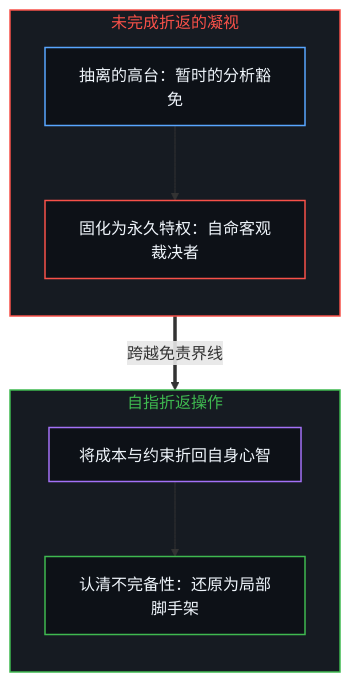
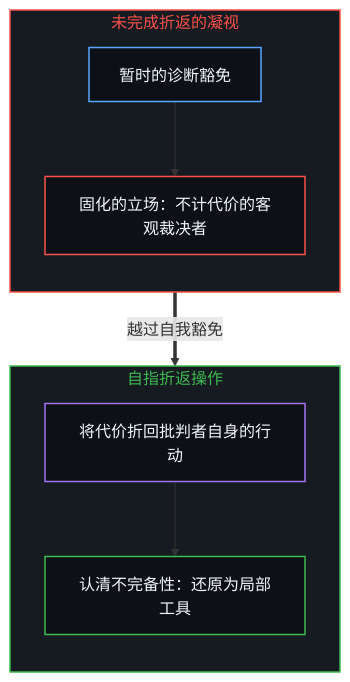
The third of 4 diagrams in content/posts/sowell-observed-the-surface-problem.md (powerpig99/not-a-toe), drawn with Mermaid before and after one commit. The commit also changed other lines of this file and 1 other file, not shown here.

````diff
--- a/content/posts/sowell-observed-the-surface-problem.md
+++ b/content/posts/sowell-observed-the-surface-problem.md
@@ -91,24 +91,24 @@
 ```mermaid
 flowchart TD
     classDef default fill:#0d1117,stroke:#30363d,stroke-width:1px,color:#f0f6fc;
     classDef mind fill:#0d1117,stroke:#3fb950,stroke-width:1.5px,color:#f0f6fc;
     classDef warn fill:#0d1117,stroke:#d29922,stroke-width:1.5px,color:#f0f6fc;
     classDef fail fill:#0d1117,stroke:#f85149,stroke-width:1.5px,color:#f0f6fc;
     classDef model fill:#0d1117,stroke:#58a6ff,stroke-width:1.5px,color:#f0f6fc;
     classDef purple fill:#0d1117,stroke:#a371f7,stroke-width:1.5px,color:#f0f6fc;
     subgraph S_Exempt ["未完成折返的凝视"]
         direction TB
-        Balcony["抽离的高台：暂时的分析豁免"]:::model
-        FrozenStand["固化为永久特权：自命客观裁决者"]:::fail
+        Balcony["暂时的诊断豁免"]:::model
+        FrozenStand["固化的立场：不计代价的客观裁决者"]:::fail
         Balcony --> FrozenStand
     end
     subgraph S_Fold ["自指折返操作"]
         direction TB
-        ReturnAct["将成本与约束折回自身心智"]:::purple
-        LocalScaffold["认清不完备性：还原为局部脚手架"]:::mind
+        ReturnAct["将代价折回批判者自身的行动"]:::purple
+        LocalScaffold["认清不完备性：还原为局部工具"]:::mind
         ReturnAct --> LocalScaffold
     end
-    S_Exempt ==> |跨越免责界线| S_Fold
+    S_Exempt ==> |越过自我豁免| S_Fold
     style S_Exempt fill:#161b22,stroke:#f85149,stroke-width:1.5px,color:#f85149
     style S_Fold fill:#161b22,stroke:#3fb950,stroke-width:1.5px,color:#3fb950
 ```
````
